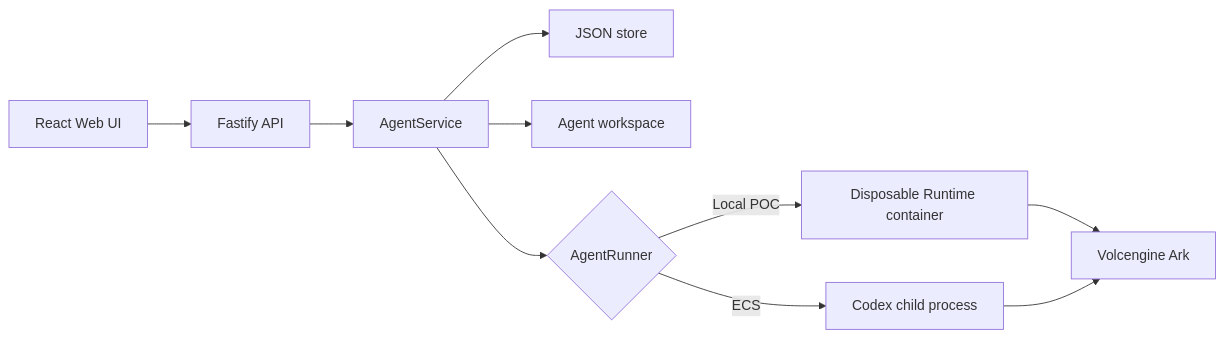
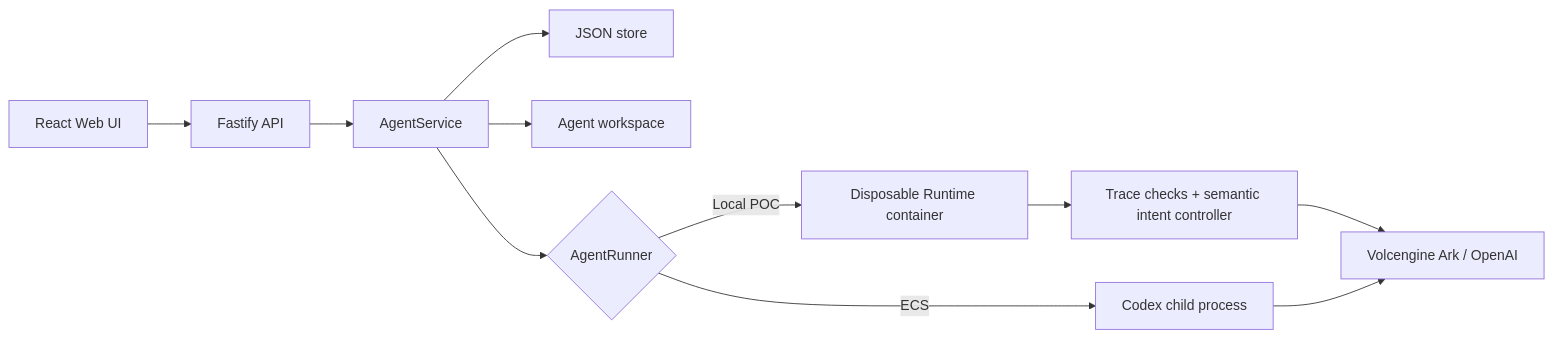
One commit to chiadayy/tiktokjam-doomscroll changed the diagram in docs/ARCHITECTURE.md. Above: the diagram before and after it, drawn with Mermaid. The commit also changed other lines of this file and 21 other files, not shown here.

First line of the commit message:
feat(guardrails): add trajectory-aware semantic intent steering

````diff
--- a/docs/ARCHITECTURE.md
+++ b/docs/ARCHITECTURE.md
@@ -5,12 +5,13 @@
 ```mermaid
 flowchart LR
     UI["React Web UI"] --> API["Fastify API"]
     API --> Service["AgentService"]
     Service --> Store["JSON store"]
     Service --> Workspace["Agent workspace"]
     Service --> Runner{"AgentRunner"}
     Runner -->|Local POC| Container["Disposable Runtime container"]
     Runner -->|ECS| Process["Codex child process"]
-    Container --> Ark["Volcengine Ark"]
+    Container --> Guard["Trace checks + semantic intent controller"]
+    Guard --> Ark["Volcengine Ark / OpenAI"]
     Process --> Ark
 ```
````
